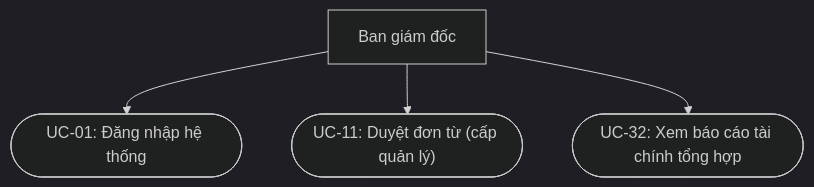
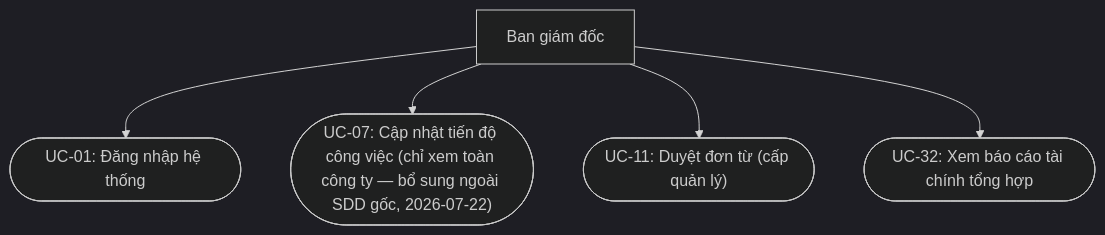
Before and after one commit to langtuananh2424/pps-education: the diagram in docs/diagrams/usecase-actors/UseCase-BanGiamDoc.mmd, drawn with Mermaid (dark theme). The commit also changed 57 other files, not shown here.

```diff
--- a/docs/diagrams/usecase-actors/UseCase-BanGiamDoc.mmd
+++ b/docs/diagrams/usecase-actors/UseCase-BanGiamDoc.mmd
@@ -1,10 +1,12 @@
 graph TD
     BGD[Ban giám đốc]
 
     UC01(["UC-01: Đăng nhập hệ thống"])
+    UC07(["UC-07: Cập nhật tiến độ công việc (chỉ xem toàn công ty — bổ sung ngoài SDD gốc, 2026-07-22)"])
     UC11(["UC-11: Duyệt đơn từ (cấp quản lý)"])
     UC32(["UC-32: Xem báo cáo tài chính tổng hợp"])
 
     BGD --> UC01
+    BGD --> UC07
     BGD --> UC11
     BGD --> UC32
```
